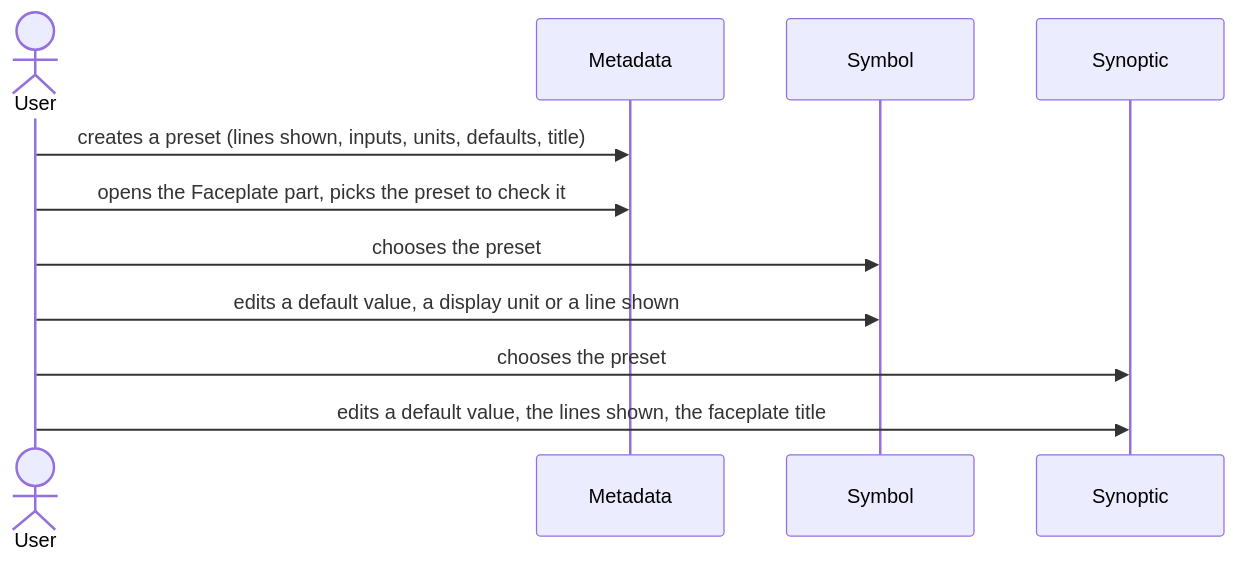
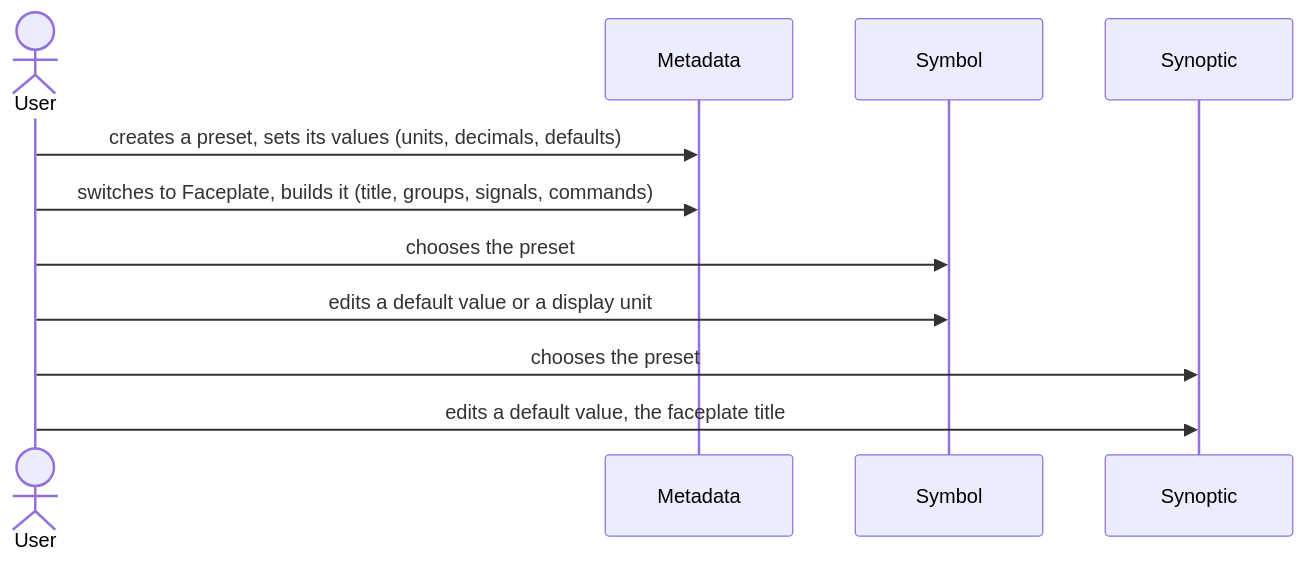
The sixth of 6 diagrams in metadata/09-presets.md (AlexandreGallais/synoptic-studio-spec), drawn with Mermaid before and after one commit. The commit also changed other lines of this file and 13 other files, not shown here.

````diff
--- a/metadata/09-presets.md
+++ b/metadata/09-presets.md
@@ -134,13 +142,13 @@
 ```mermaid
 sequenceDiagram
     actor U as User
     participant MD as Metadata
     participant SY as Symbol
     participant SN as Synoptic
-    U->>MD: creates a preset (lines shown, inputs, units, defaults, title)
-    U->>MD: opens the Faceplate part, picks the preset to check it
+    U->>MD: creates a preset, sets its values (units, decimals, defaults)
+    U->>MD: switches to Faceplate, builds it (title, groups, signals, commands)
     U->>SY: chooses the preset
-    U->>SY: edits a default value, a display unit or a line shown
+    U->>SY: edits a default value or a display unit
     U->>SN: chooses the preset
-    U->>SN: edits a default value, the lines shown, the faceplate title
+    U->>SN: edits a default value, the faceplate title
 ```
````
